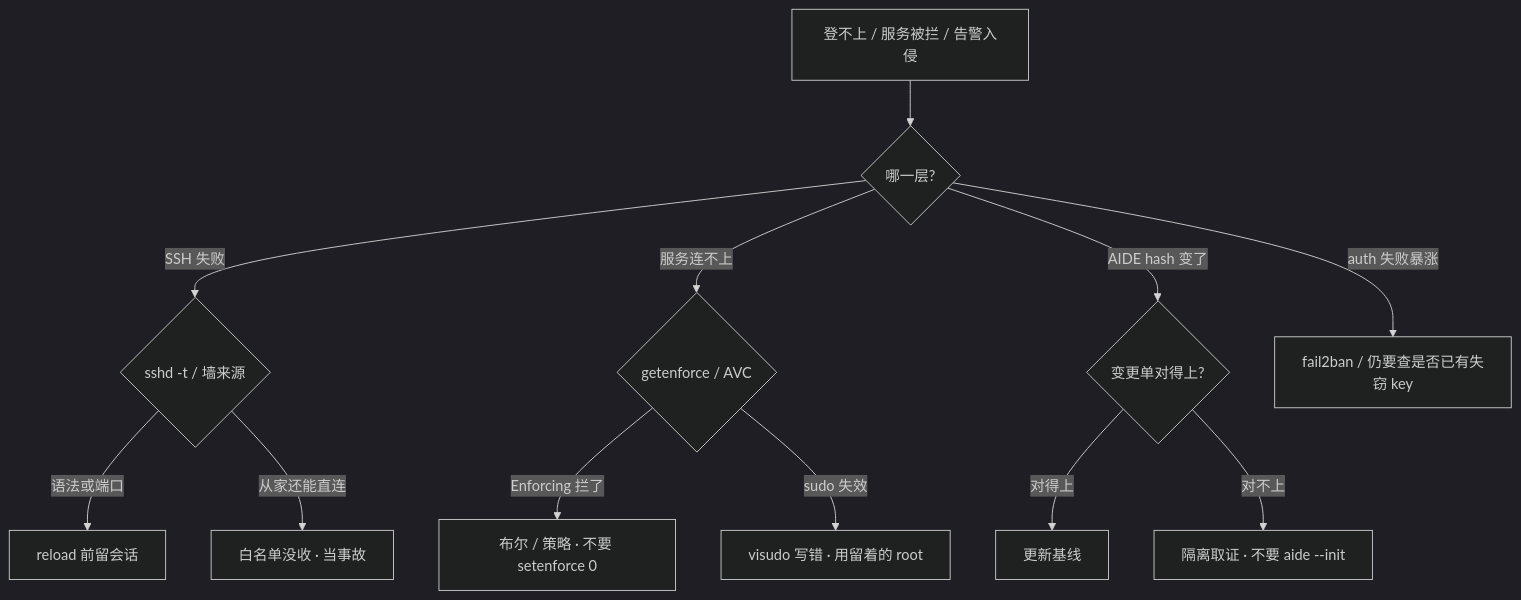
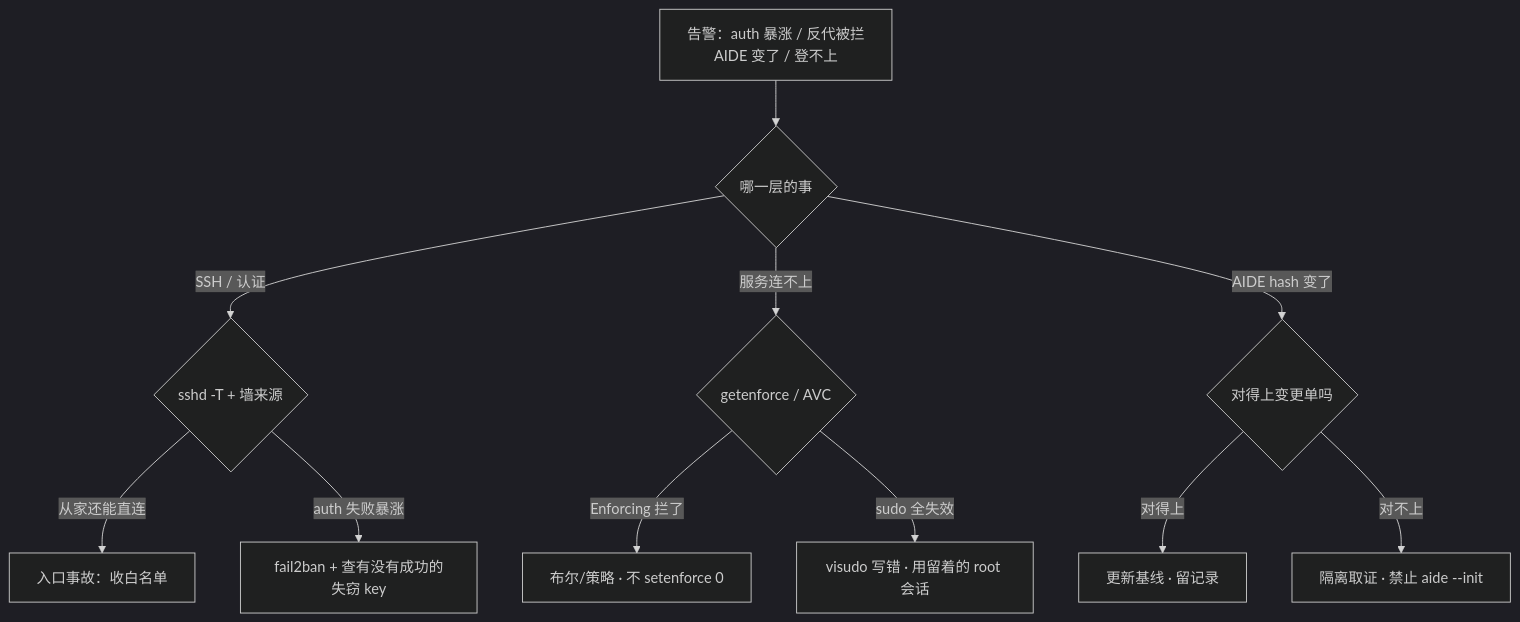
The sixth of 6 diagrams in 01-基础底座/27-Linux安全加固/知识点.md (ml-cuizijun/LearnToLilith), drawn with Mermaid (dark theme) before and after one commit. The commit also changed other lines of this file and 470 other files, not shown here.

````diff
--- a/01-基础底座/27-Linux安全加固/知识点.md
+++ b/01-基础底座/27-Linux安全加固/知识点.md
@@ -956,14 +551,13 @@
 ```mermaid
 flowchart TB
-    A[登不上 / 服务被拦 / 告警入侵] --> B{哪一层?}
-    B -->|SSH 失败| C{sshd -t / 墙来源}
-    C -->|语法或端口| D[reload 前留会话]
-    C -->|从家还能直连| E[白名单没收 · 当事故]
-    B -->|服务连不上| F{getenforce / AVC}
-    F -->|Enforcing 拦了| G[布尔 / 策略 · 不要 setenforce 0]
-    F -->|sudo 失效| H[visudo 写错 · 用留着的 root]
-    B -->|AIDE hash 变了| I{变更单对得上?}
-    I -->|对得上| J[更新基线]
-    I -->|对不上| K[隔离取证 · 不要 aide --init]
-    B -->|auth 失败暴涨| L[fail2ban / 仍要查是否已有失窃 key]
+    A["告警：auth 暴涨 / 反代被拦<br/>AIDE 变了 / 登不上"] --> B{"哪一层的事"}
+    B -->|"SSH / 认证"| C{"sshd -T + 墙来源"}
+    C -->|"从家还能直连"| D["入口事故：收白名单"]
+    C -->|"auth 失败暴涨"| E["fail2ban + 查有没有成功的失窃 key"]
+    B -->|"服务连不上"| F{"getenforce / AVC"}
+    F -->|"Enforcing 拦了"| G["布尔/策略 · 不 setenforce 0"]
+    F -->|"sudo 全失效"| H["visudo 写错 · 用留着的 root 会话"]
+    B -->|"AIDE hash 变了"| I{"对得上变更单吗"}
+    I -->|对得上| J["更新基线 · 留记录"]
+    I -->|对不上| K["隔离取证 · 禁止 aide --init"]
 ```
````
